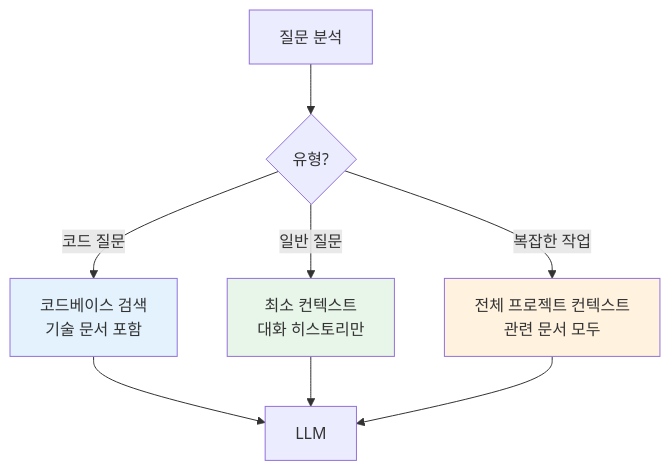
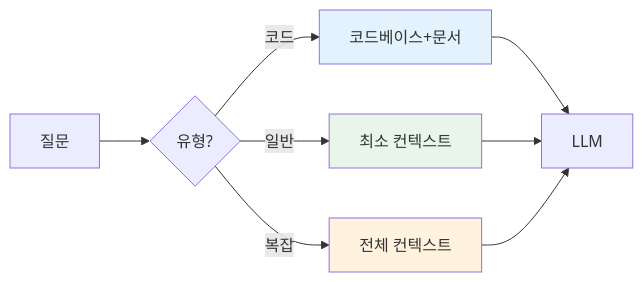
The ninth of 12 diagrams in content/posts/2025-10-10-context-engineering-fundamentals.md (Gyeom/dev-notes), drawn with Mermaid before and after one commit. The commit also changed other lines of this file and 7 other files, not shown here.

First line of the commit message:
Fix: 전체 포스트 Mermaid 다이어그램 가로 배치 적용

````diff
--- a/content/posts/2025-10-10-context-engineering-fundamentals.md
+++ b/content/posts/2025-10-10-context-engineering-fundamentals.md
@@ -267,13 +245,15 @@
 ```mermaid
-flowchart TB
-    Q["질문 분석"] --> T{유형?}
-    T -->|코드 질문| C1["코드베이스 검색<br/>기술 문서 포함"]
-    T -->|일반 질문| C2["최소 컨텍스트<br/>대화 히스토리만"]
-    T -->|복잡한 작업| C3["전체 프로젝트 컨텍스트<br/>관련 문서 모두"]
+flowchart LR
+    Q["질문"] --> T{유형?}
+    T -->|코드| C1["코드베이스+문서"]
+    T -->|일반| C2["최소 컨텍스트"]
+    T -->|복잡| C3["전체 컨텍스트"]
 
-    C1 & C2 & C3 --> L["LLM"]
+    C1 --> L["LLM"]
+    C2 --> L
+    C3 --> L
 
     style C1 fill:#E3F2FD
     style C2 fill:#E8F5E9
     style C3 fill:#FFF3E0
 ```
````
